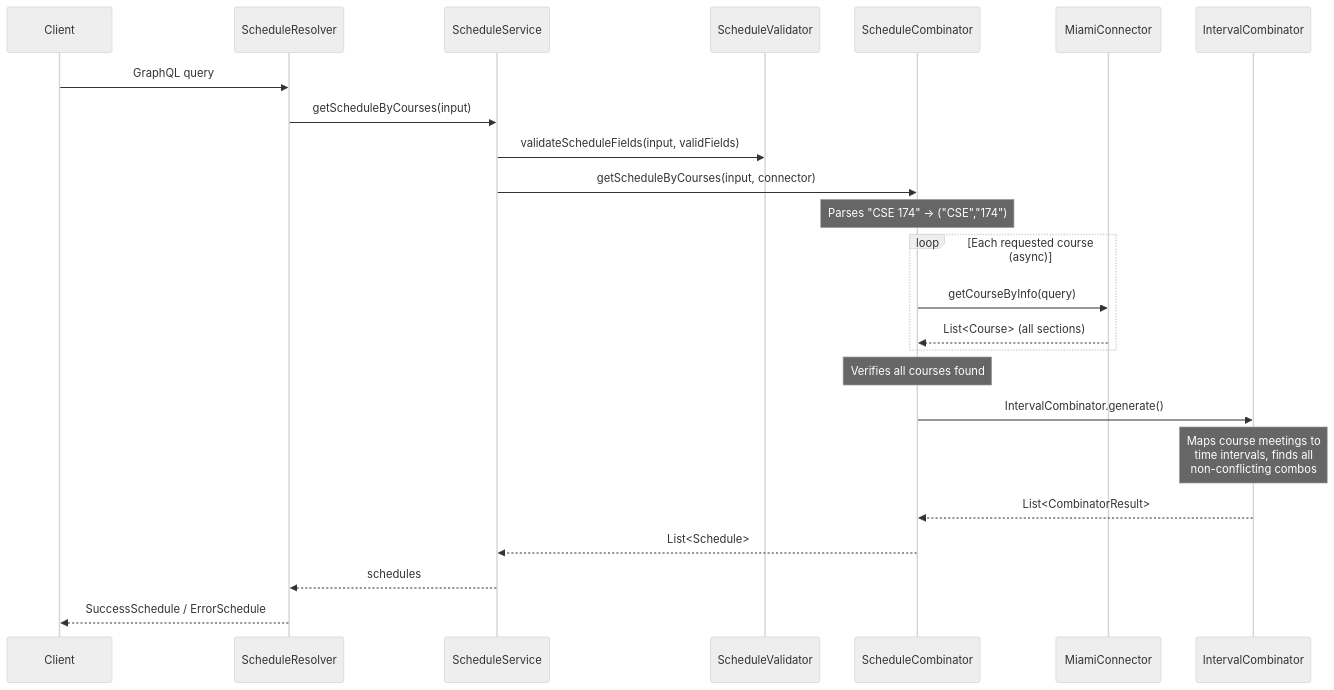
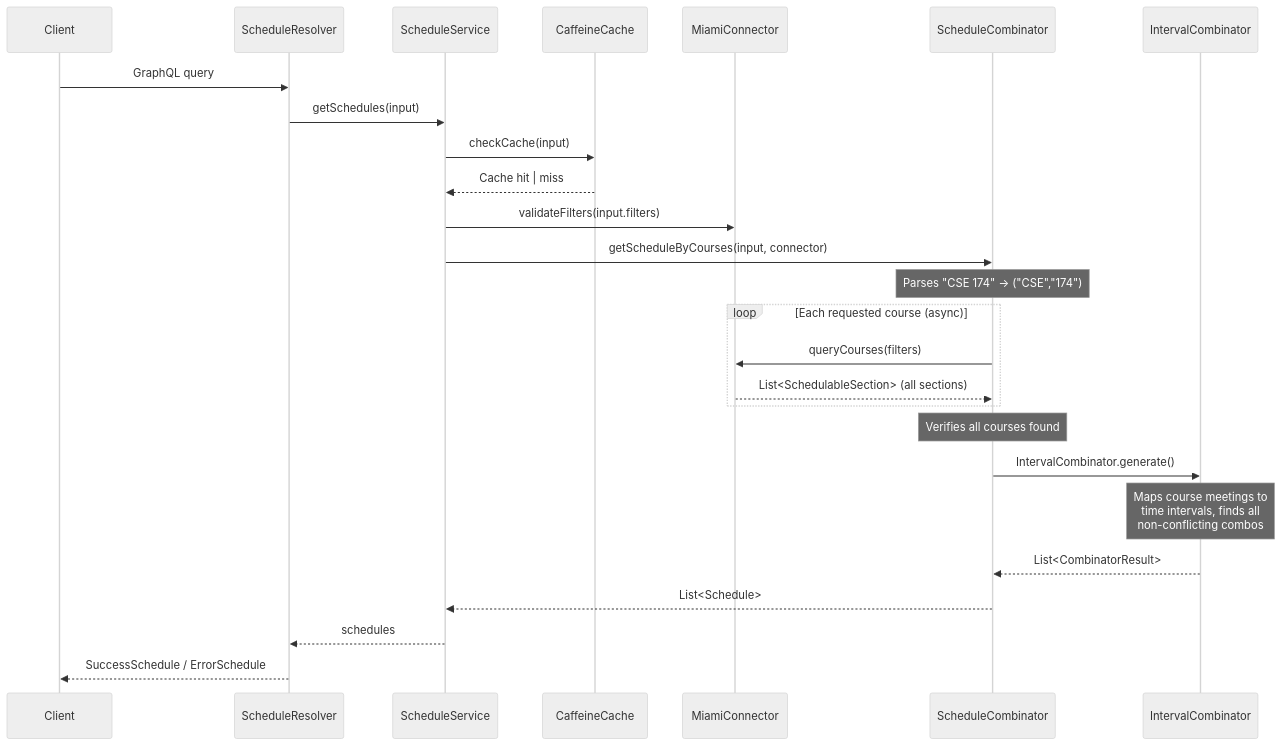
Before and after one commit to tomdh-git/Miami-CourseAPI: the third of 4 diagrams in README.md, drawn with Mermaid (neutral theme). The commit also changed other lines of this file and 52 other files, not shown here.

````diff
--- a/README.md
+++ b/README.md
@@ -134,27 +135,29 @@
 ```mermaid
 sequenceDiagram
     participant C as Client
     participant R as ScheduleResolver
     participant S as ScheduleService
-    participant V as ScheduleValidator
+    participant CCH as CaffeineCache
+    participant MC as MiamiConnector
     participant SC as ScheduleCombinator
-    participant MC as MiamiConnector
     participant IC as IntervalCombinator
 
     C->>R: GraphQL query
-    R->>S: getScheduleByCourses(input)
-    S->>V: validateScheduleFields(input, validFields)
+    R->>S: getSchedules(input)
+    S->>CCH: checkCache(input)
+    CCH-->>S: Cache hit | miss
+    S->>MC: validateFilters(input.filters)
     S->>SC: getScheduleByCourses(input, connector)
     Note over SC: Parses "CSE 174" → ("CSE","174")
     loop Each requested course (async)
-        SC->>MC: getCourseByInfo(query)
-        MC-->>SC: List<Course> (all sections)
+        SC->>MC: queryCourses(filters)
+        MC-->>SC: List<SchedulableSection> (all sections)
     end
     Note over SC: Verifies all courses found
     SC->>IC: IntervalCombinator.generate()
     Note over IC: Maps course meetings to<br/>time intervals, finds all<br/>non-conflicting combos
     IC-->>SC: List<CombinatorResult>
     SC-->>S: List<Schedule>
     S-->>R: schedules
     R-->>C: SuccessSchedule / ErrorSchedule
 ```
````
